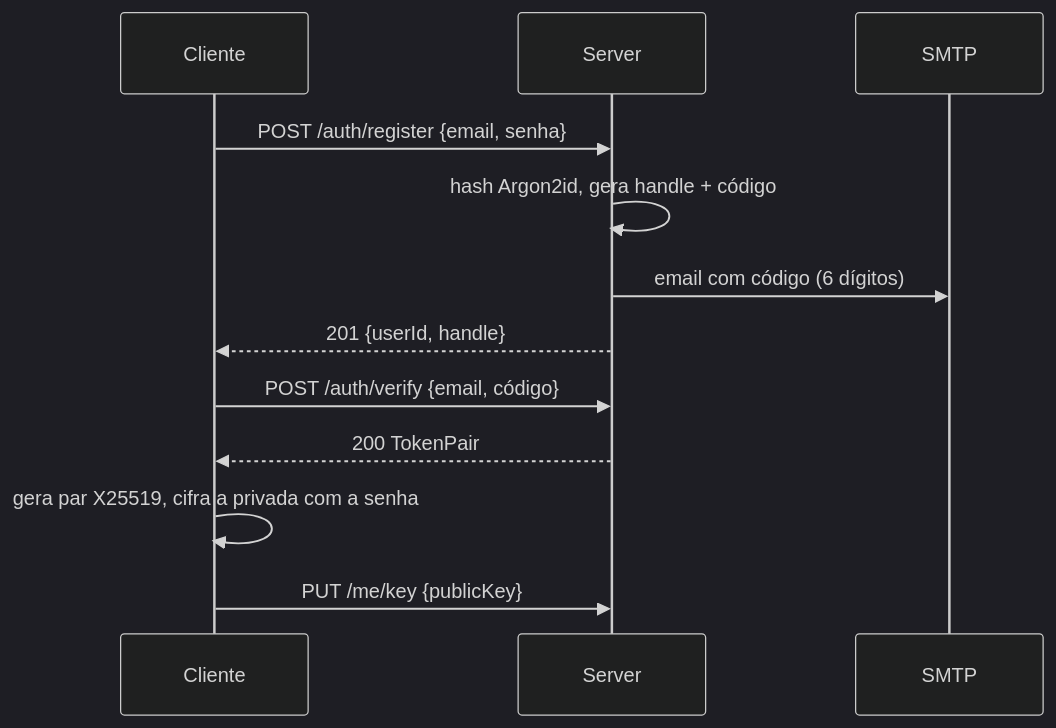
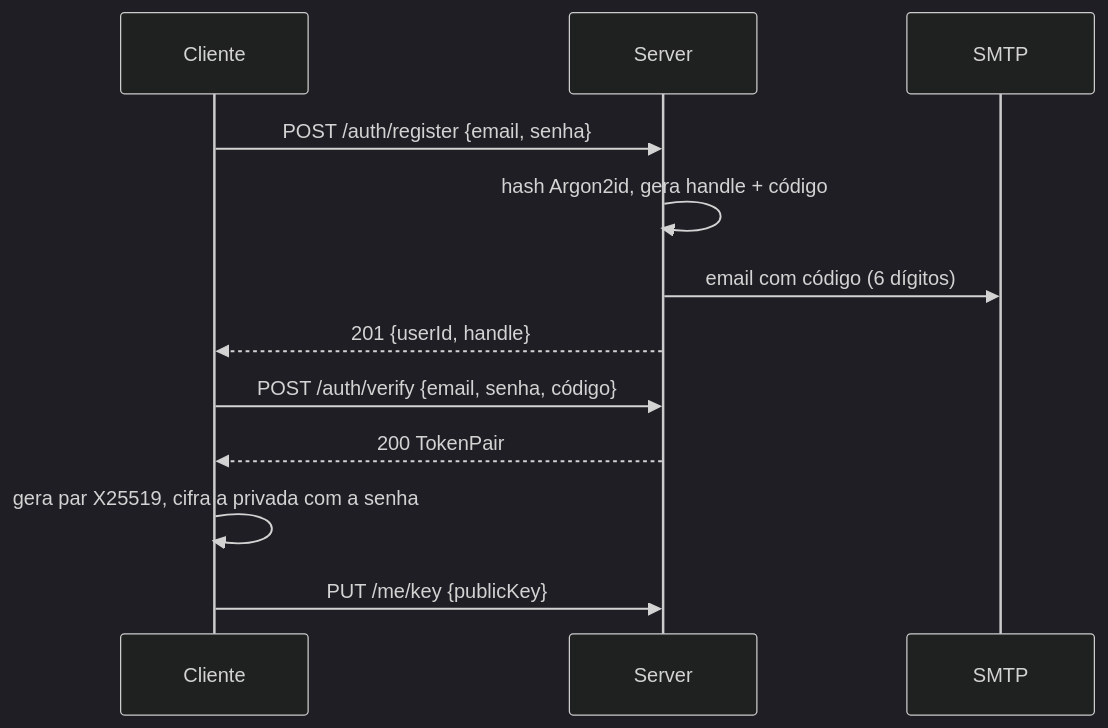
The fifth of 7 diagrams in docs/architecture.md (Matheus-Cezario/terminal-send), drawn with Mermaid (dark theme) before and after one commit. The commit also changed 7 other files, not shown here.

First line of the commit message:
feat(server): add auth endpoints for register, verify, resend, login, refresh and logout

````diff
--- a/docs/architecture.md
+++ b/docs/architecture.md
@@ -149,14 +149,14 @@
 ```mermaid
 sequenceDiagram
     participant C as Cliente
     participant S as Server
     participant M as SMTP
     C->>S: POST /auth/register {email, senha}
     S->>S: hash Argon2id, gera handle + código
     S->>M: email com código (6 dígitos)
     S-->>C: 201 {userId, handle}
-    C->>S: POST /auth/verify {email, código}
+    C->>S: POST /auth/verify {email, senha, código}
     S-->>C: 200 TokenPair
     C->>C: gera par X25519, cifra a privada com a senha
     C->>S: PUT /me/key {publicKey}
 ```
````
